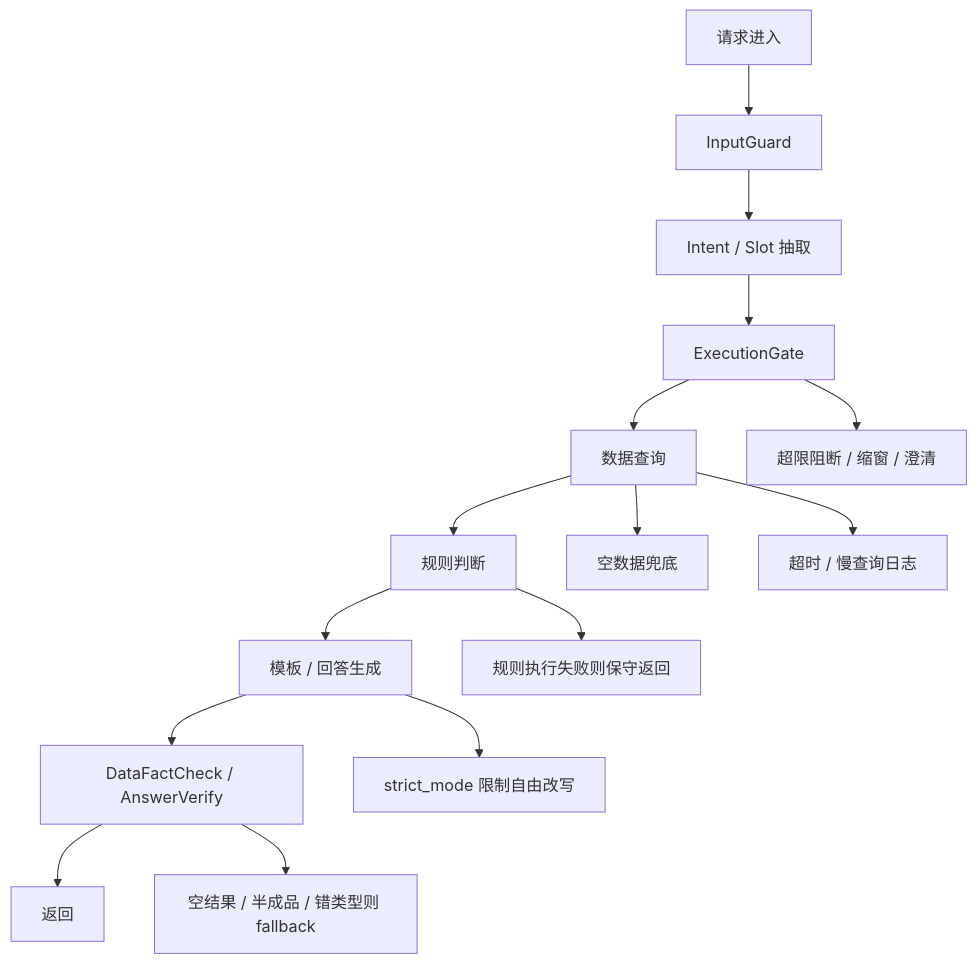
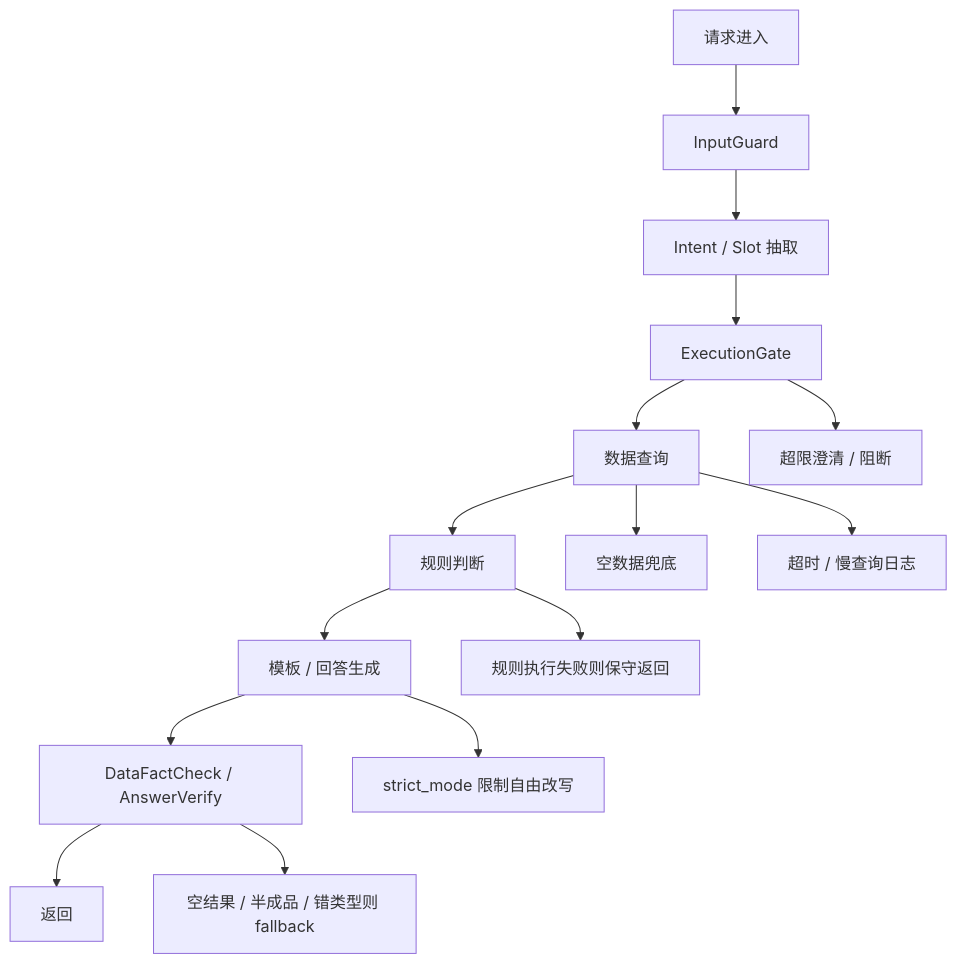
One commit to gago-project/smart-agriculture changed the fourth of 5 diagrams in apps/agent/plans/1/7.2026-04-20-soil-moisture-agent-system-design-diagram.md. Above: the diagram before and after it, drawn with Mermaid. The commit also changed other lines of this file and 14 other files, not shown here.

````diff
--- a/apps/agent/plans/1/7.2026-04-20-soil-moisture-agent-system-design-diagram.md
+++ b/apps/agent/plans/1/7.2026-04-20-soil-moisture-agent-system-design-diagram.md
@@ -192,18 +195,18 @@
 ```mermaid
 flowchart TD
     A["请求进入"] --> B["InputGuard"]
     B --> C["Intent / Slot 抽取"]
     C --> D["ExecutionGate"]
     D --> E["数据查询"]
     E --> F["规则判断"]
     F --> G["模板 / 回答生成"]
     G --> H["DataFactCheck / AnswerVerify"]
     H --> I["返回"]
 
-    D --> D1["超限阻断 / 缩窗 / 澄清"]
+    D --> D1["超限澄清 / 阻断"]
     E --> E1["空数据兜底"]
     E --> E2["超时 / 慢查询日志"]
     F --> F1["规则执行失败则保守返回"]
     G --> G1["strict_mode 限制自由改写"]
     H --> H1["空结果 / 半成品 / 错类型则 fallback"]
 ```
````
